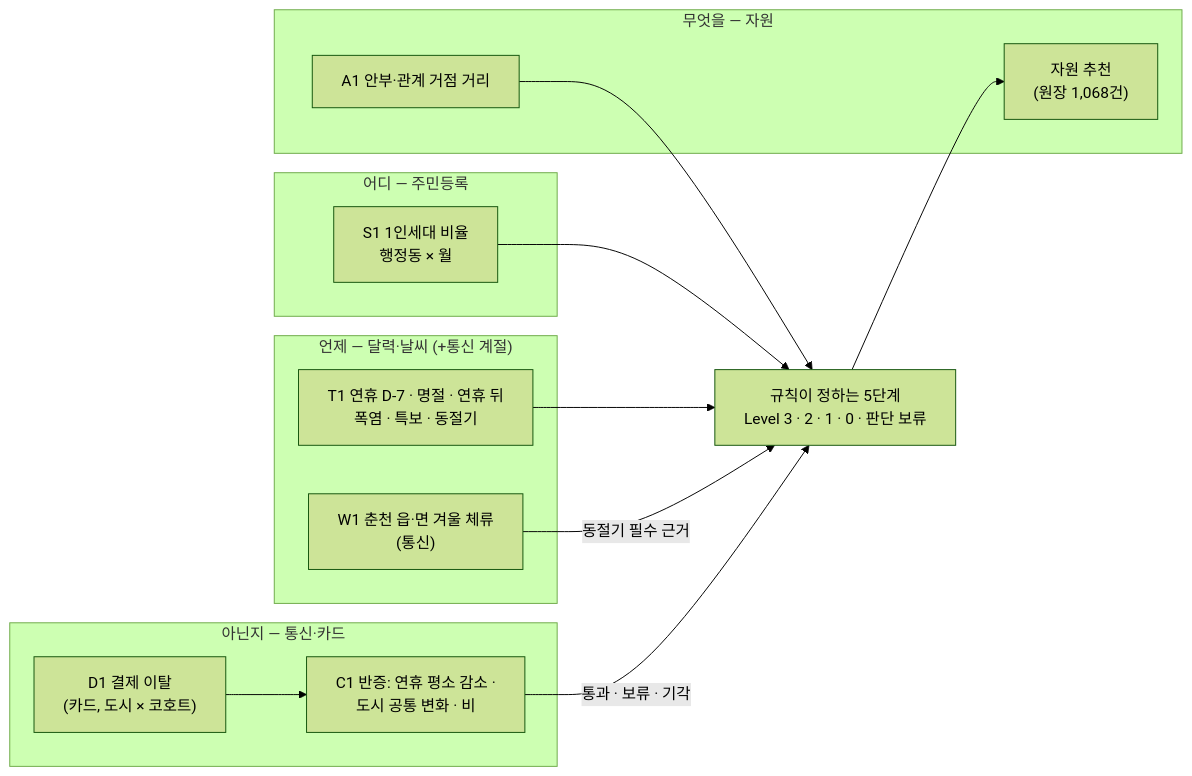
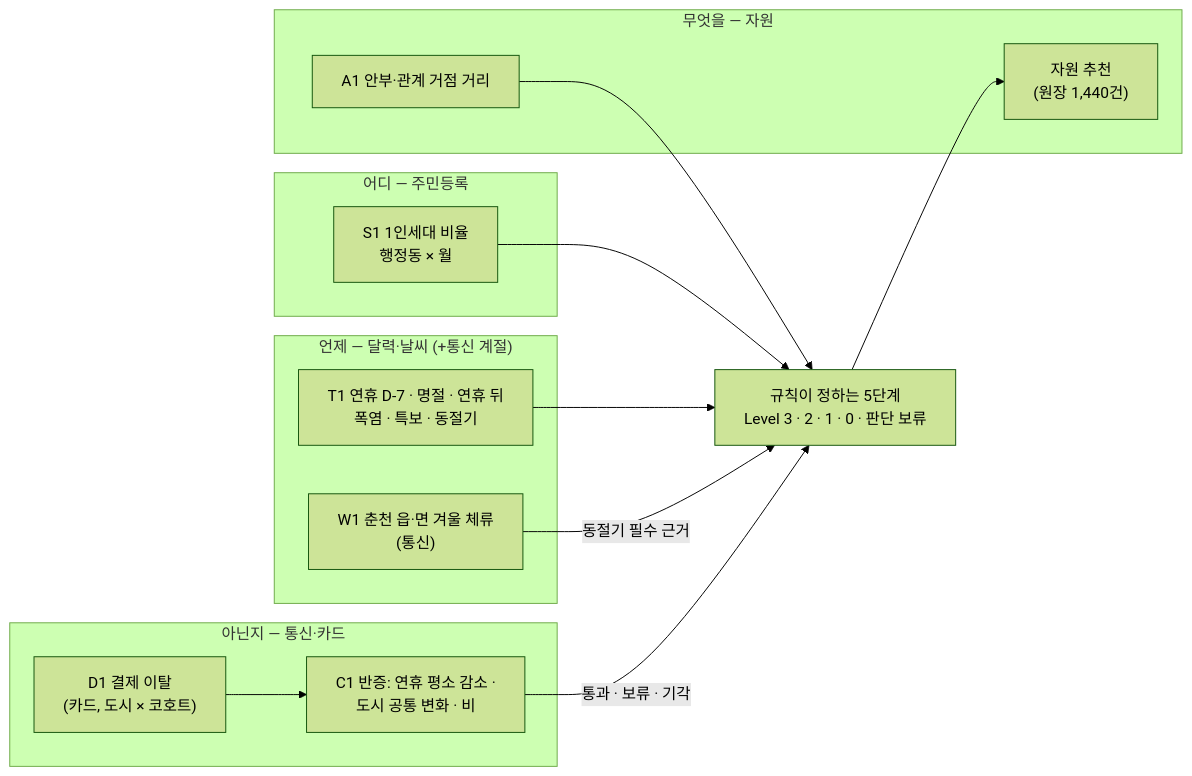
One commit to taeyeon715/BigDataContest_social-isolation-LINK-Radar changed the diagram in docs/데이터_역할.md. Above: the diagram before and after it, drawn with Mermaid (forest theme). The commit also changed other lines of this file and 14 other files, not shown here.

````diff
--- a/docs/데이터_역할.md
+++ b/docs/데이터_역할.md
@@ -7,24 +7,24 @@
 ```mermaid
 flowchart LR
   subgraph WHERE["어디 — 주민등록"]
     S1["S1 1인세대 비율<br/>행정동 × 월"]
   end
   subgraph WHEN["언제 — 달력·날씨 (+통신 계절)"]
     T1["T1 연휴 D-7 · 명절 · 연휴 뒤<br/>폭염 · 특보 · 동절기"]
     W1["W1 춘천 읍·면 겨울 체류<br/>(통신)"]
   end
   subgraph NOT["아닌지 — 통신·카드"]
     D1["D1 결제 이탈<br/>(카드, 도시 × 코호트)"]
     C1["C1 반증: 연휴 평소 감소 ·<br/>도시 공통 변화 · 비"]
   end
   subgraph WHAT["무엇을 — 자원"]
     A1["A1 안부·관계 거점 거리"]
-    R["자원 추천<br/>(원장 1,068건)"]
+    R["자원 추천<br/>(원장 1,440건)"]
   end
   S1 --> L["규칙이 정하는 5단계<br/>Level 3 · 2 · 1 · 0 · 판단 보류"]
   A1 --> L
   T1 --> L
   W1 -->|동절기 필수 근거| L
   D1 --> C1 -->|통과 · 보류 · 기각| L
   L --> R
 ```
````
